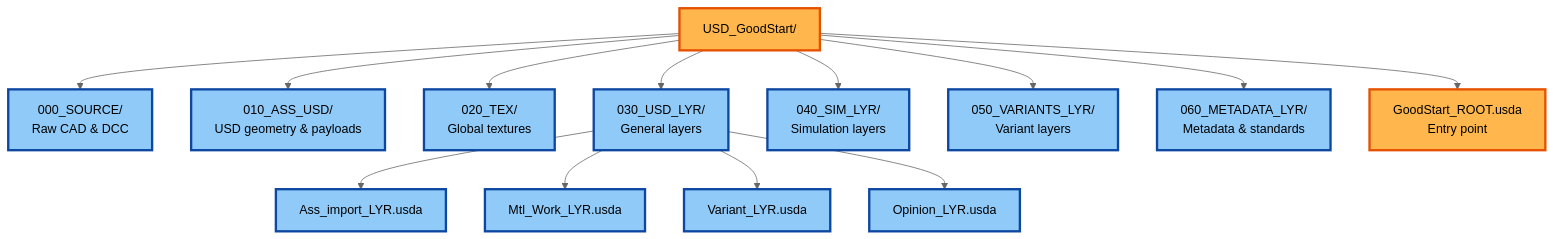
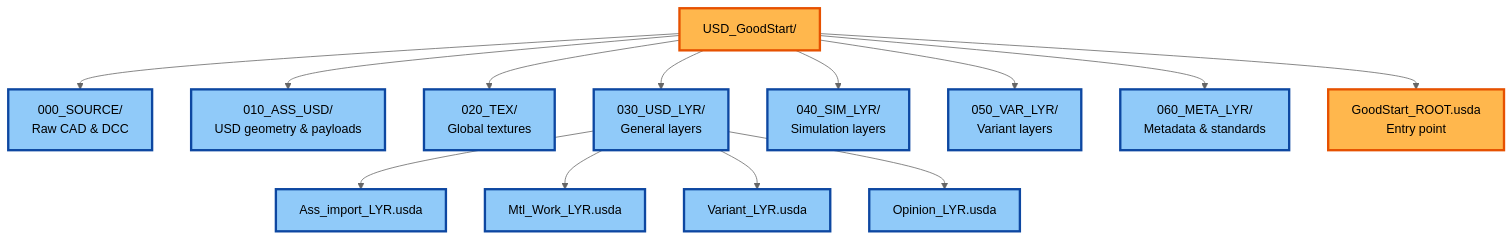
One commit to jph2/USD_GoodStart changed diagram 15 of 18 in WIP_Docs/OpenUSD_Best_Practices_Guide (17).md. Above: the diagram before and after it, drawn with Mermaid (neutral theme). The commit also changed other lines of this file and 1 other file, not shown here.

````diff
--- a/WIP_Docs/OpenUSD_Best_Practices_Guide (17).md
+++ b/WIP_Docs/OpenUSD_Best_Practices_Guide (17).md
@@ -2599,23 +2619,23 @@
 ```mermaid
 flowchart TD
     root[USD_GoodStart/]:::root
     root --> S000[000_SOURCE/\nRaw CAD & DCC]
     root --> S010[010_ASS_USD/\nUSD geometry & payloads]
     root --> S020[020_TEX/\nGlobal textures]
     root --> S030[030_USD_LYR/\nGeneral layers]
     root --> S040[040_SIM_LYR/\nSimulation layers]
-    root --> S050[050_VARIANTS_LYR/\nVariant layers]
-    root --> S060[060_METADATA_LYR/\nMetadata & standards]
+    root --> S050[050_VAR_LYR/\nVariant layers]
+    root --> S060[060_META_LYR/\nMetadata & standards]
     root --> RootUsd[GoodStart_ROOT.usda\nEntry point]
     
     S030 --> L_Import[Ass_import_LYR.usda]
     S030 --> L_Mtl[Mtl_Work_LYR.usda]
     S030 --> L_Var[Variant_LYR.usda]
     S030 --> L_Opinion[Opinion_LYR.usda]
     
     classDef root fill:#ffb74d,stroke:#e65100,stroke-width:3px,color:#000;
     classDef folder fill:#90caf9,stroke:#0d47a1,stroke-width:3px,color:#000;
     
     class root,RootUsd root;
     class S000,S010,S020,S030,S040,S050,S060,L_Import,L_Mtl,L_Var,L_Opinion folder;
 ```
````
